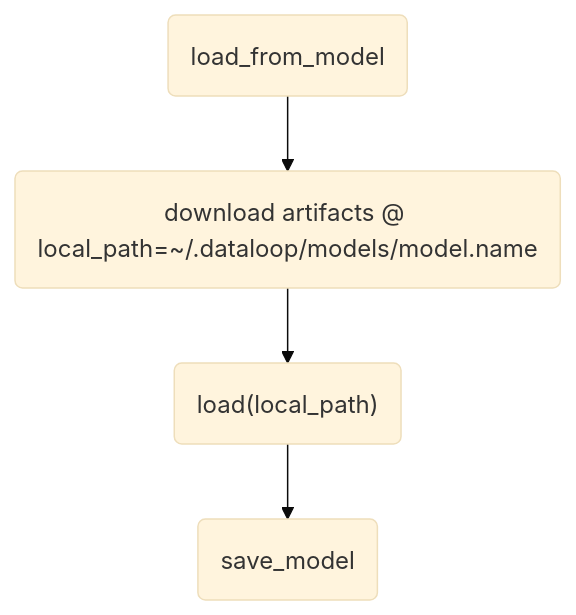
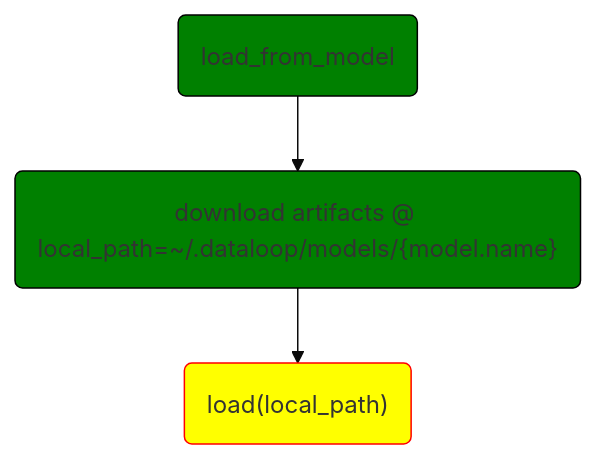
Before and after one commit to dataloop-ai/dtlpy-documentation: the first of 5 diagrams in tutorials/model_management/advance/model_adapter_flows/chapter.md, drawn with Mermaid (base theme). The commit also changed other lines of this file and 1 other file, not shown here.

Commit message:
Adding more details to model adapter flows

````diff
--- a/tutorials/model_management/advance/model_adapter_flows/chapter.md
+++ b/tutorials/model_management/advance/model_adapter_flows/chapter.md
@@ -6,7 +16,10 @@
 ```mermaid
-flowchart TD
+flowchart TD 
     id1(load_from_model)-->
-    id2("download artifacts @ \nlocal_path=~/.dataloop/models/model.name")-->
-    id3("load(local_path)")-->
-    id4(save_model)
+    id2("download artifacts @ \nlocal_path=~/.dataloop/models/{model.name}")-->
+    id3("load(local_path)")
+    style id1 fill:green, stroke:black
+    style id2 fill:green, stroke:black
+    style id3 fill:yellow, stroke:red
+    click id3 "./#load"
 ```
````
